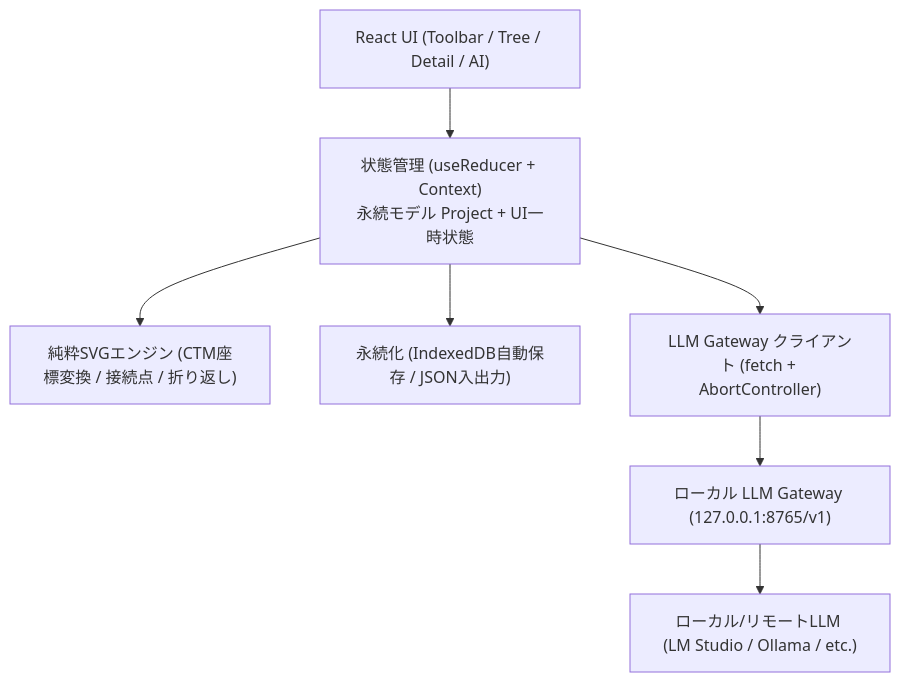
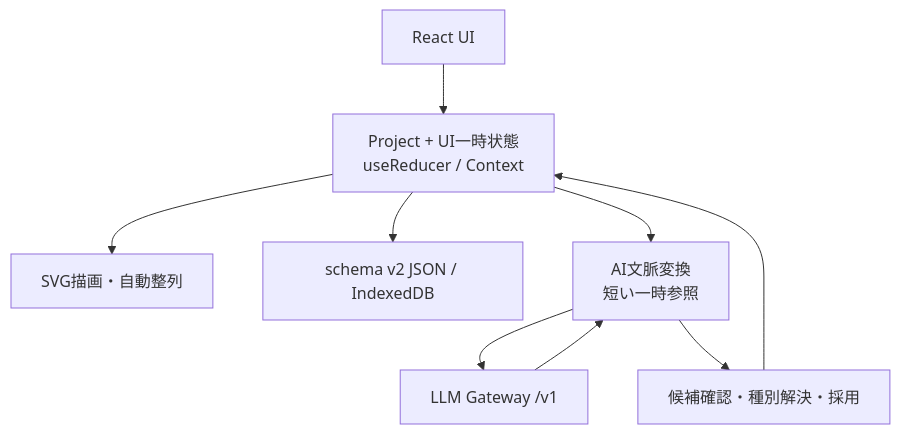
The diagram in docs/tpdd/REFERENCE_MANUAL.md (Kenn-Tanaka/FailurePrism), drawn with Mermaid before and after one commit. The commit also changed other lines of this file and 43 other files, not shown here.

````diff
--- a/docs/tpdd/REFERENCE_MANUAL.md
+++ b/docs/tpdd/REFERENCE_MANUAL.md
@@ -36,9 +31,11 @@
 ```mermaid
 flowchart TB
-  UI["React UI (Toolbar / Tree / Detail / AI)"] --> STATE["状態管理 (useReducer + Context)\n永続モデル Project + UI一時状態"]
-  STATE --> SVG["純粋SVGエンジン (CTM座標変換 / 接続点 / 折り返し)"]
-  STATE --> PERSIST["永続化 (IndexedDB自動保存 / JSON入出力)"]
-  STATE --> GATEWAY_CLIENT["LLM Gateway クライアント (fetch + AbortController)"]
-  GATEWAY_CLIENT --> GATEWAY["ローカル LLM Gateway (127.0.0.1:8765/v1)"]
-  GATEWAY --> LLM["ローカル/リモートLLM (LM Studio / Ollama / etc.)"]
+  UI["React UI"] --> STATE["Project + UI一時状態\nuseReducer / Context"]
+  STATE --> SVG["SVG描画・自動整列"]
+  STATE --> PERSIST["schema v2 JSON / IndexedDB"]
+  STATE --> AI_ADAPTER["AI文脈変換\n短い一時参照"]
+  AI_ADAPTER --> GATEWAY["LLM Gateway /v1"]
+  GATEWAY --> AI_ADAPTER
+  AI_ADAPTER --> ADOPT["候補確認・種別解決・採用"]
+  ADOPT --> STATE
 ```
````
